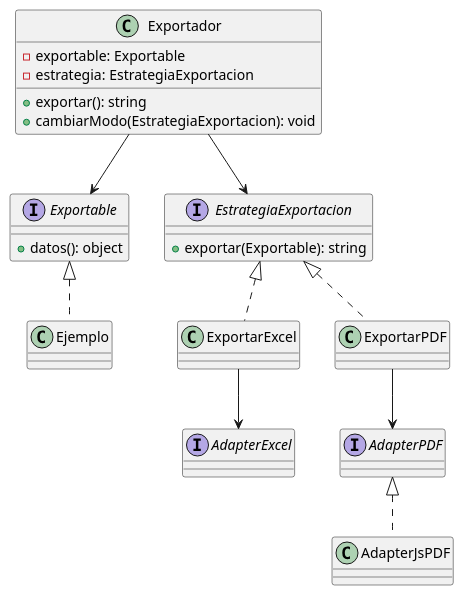
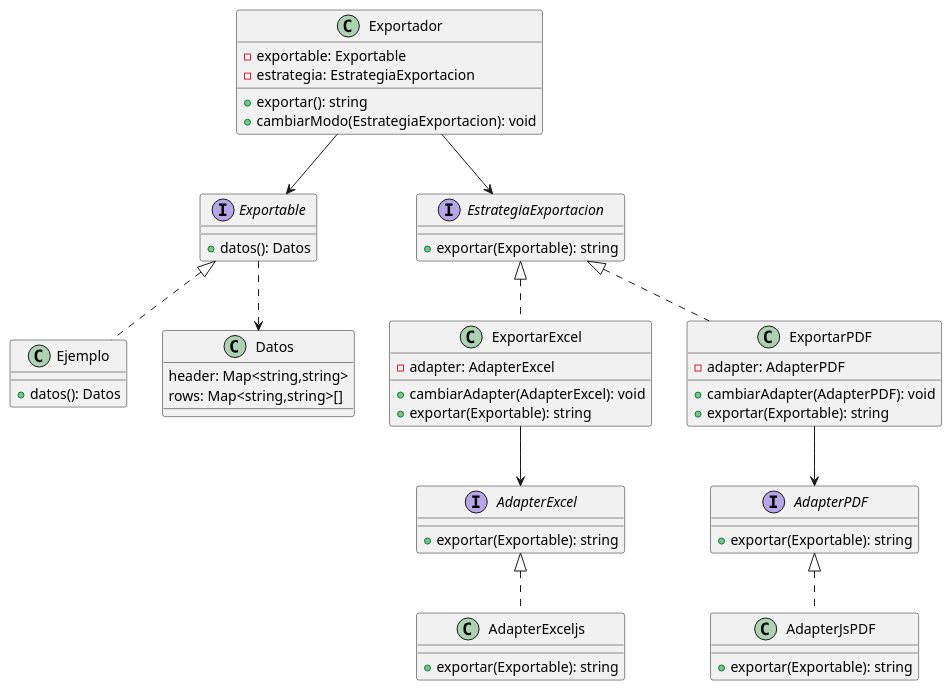
One commit to brianUtn98/exportador-js changed the diagram in README.md. Above: the diagram before and after it, drawn with PlantUML. The commit also changed other lines of this file, not shown here.

````diff
--- a/README.md
+++ b/README.md
@@ -4,52 +4,67 @@
 ```plantuml
 @startuml
 interface Exportable{
-+datos(): object
++datos(): Datos
 }
 
 class Ejemplo{
++datos(): Datos
+}
 
+class Datos{
+header: Map<string,string>
+rows: Map<string,string>[]
 }
 
 class Exportador{
 -exportable: Exportable
 -estrategia: EstrategiaExportacion
 +exportar(): string
 +cambiarModo(EstrategiaExportacion): void
 }
 
 interface EstrategiaExportacion{
 +exportar(Exportable): string
 
 }
 
 class ExportarExcel{
-
+-adapter: AdapterExcel
++cambiarAdapter(AdapterExcel): void
++exportar(Exportable): string
 }
 
 class ExportarPDF{
-
+-adapter: AdapterPDF
++cambiarAdapter(AdapterPDF): void
++exportar(Exportable): string
 }
 
 interface AdapterPDF{
-
++exportar(Exportable): string
 }
 
 interface AdapterExcel{
-
++exportar(Exportable): string
 }
 
 class AdapterJsPDF{
++exportar(Exportable): string
+}
 
+class AdapterExceljs{
++exportar(Exportable): string
 }
 
 Exportador --> EstrategiaExportacion
 ExportarPDF .up.|> EstrategiaExportacion
 ExportarExcel .up.|> EstrategiaExportacion
 ExportarExcel --> AdapterExcel
 ExportarPDF --> AdapterPDF
 AdapterJsPDF .up.|> AdapterPDF
 Ejemplo .up.|> Exportable
 Exportador --> Exportable
+Exportable ..> Datos
+AdapterExceljs .up.|> AdapterExcel
 @enduml
 ```
````
